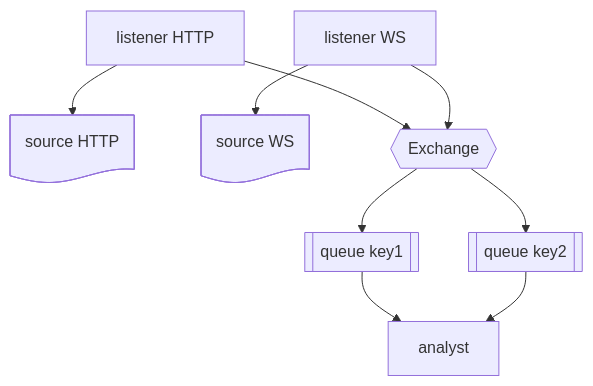
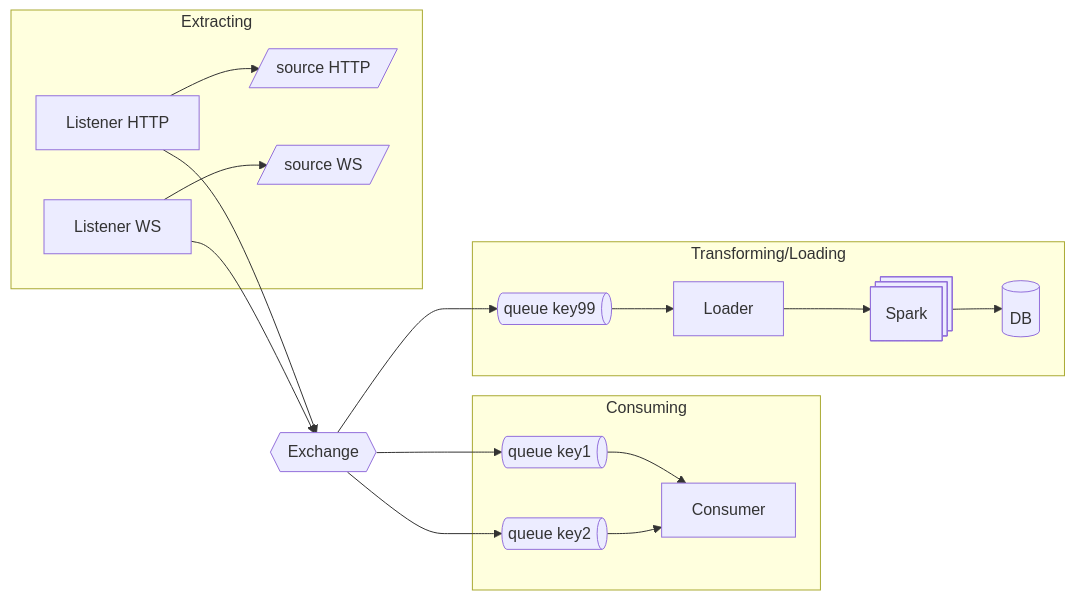
Before and after one commit to lostipani/pastiposte: the first of 3 diagrams in README.md, drawn with Mermaid. The commit also changed other lines of this file and 7 other files, not shown here.

````diff
--- a/README.md
+++ b/README.md
@@ -2,8 +2,23 @@
 ```mermaid
-flowchart TD
-  listHTTP@{ shape: rect, label: "listener HTTP" } --> s1@{ shape: doc, label: "source HTTP" }
-  listWS@{ shape: rect, label: "listener WS" } --> s2@{ shape: doc, label: "source WS" }
+flowchart LR
+  subgraph Extracting
+  listHTTP@{ shape: rect, label: "Listener HTTP" } --> s1@{ shape: lean-r, label: "source HTTP" }
+  listWS@{ shape: rect, label: "Listener WS" } --> s2@{ shape: lean-r, label: "source WS" }
+  end
+
   listHTTP & listWS --> exc@{ shape: hex, label: "Exchange" }
-  exc --> q1@{ shape: subproc, label: "queue key1" } --> analyst
-  exc --> q2@{ shape: subproc, label: "queue key2" } --> analyst
+  exc --> q1@{ shape: das, label: "queue key1" }
+  exc --> q2@{ shape: das, label: "queue key2" }
+
+  subgraph Consuming
+  q1 & q2 --> Consumer
+  end
+
+  exc --> q3@{ shape: das, label: "queue key99"}
+
+  subgraph Transforming/Loading
+  q3 --> Loader
+  Loader --> Spark@{ shape: processes, label: "Spark"}
+  Spark --> db@{ shape: cyl, label: "DB"}
+  end
 ```
````
